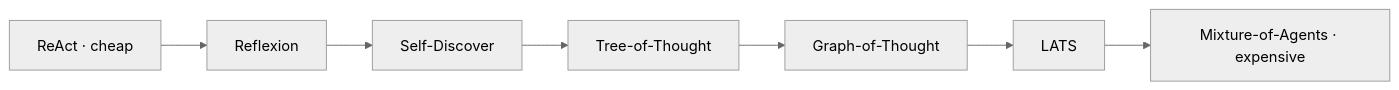
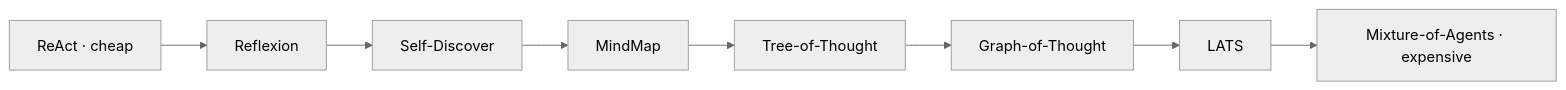
One commit to lookatitude/beluga-ai changed the first of 9 diagrams in docs/architecture/06-reasoning-strategies.md. Above: the diagram before and after it, drawn with Mermaid (neutral theme). The commit also changed other lines of this file and 1 other file, not shown here.

First line of the commit message:
docs(arch): expand DOC-05/06 with cognitive architectures and missing strategies

````diff
--- a/docs/architecture/06-reasoning-strategies.md
+++ b/docs/architecture/06-reasoning-strategies.md
@@ -15,9 +13,10 @@
 ```mermaid
 graph LR
   ReAct[ReAct · cheap] --> Reflexion[Reflexion]
   Reflexion --> SD[Self-Discover]
-  SD --> ToT[Tree-of-Thought]
+  SD --> MM[MindMap]
+  MM --> ToT[Tree-of-Thought]
   ToT --> GoT[Graph-of-Thought]
   GoT --> LATS[LATS]
   LATS --> MoA[Mixture-of-Agents · expensive]
 ```
````
